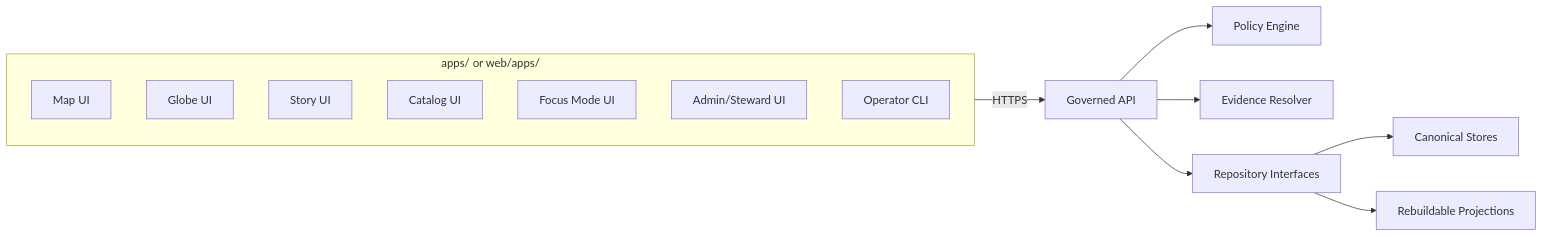
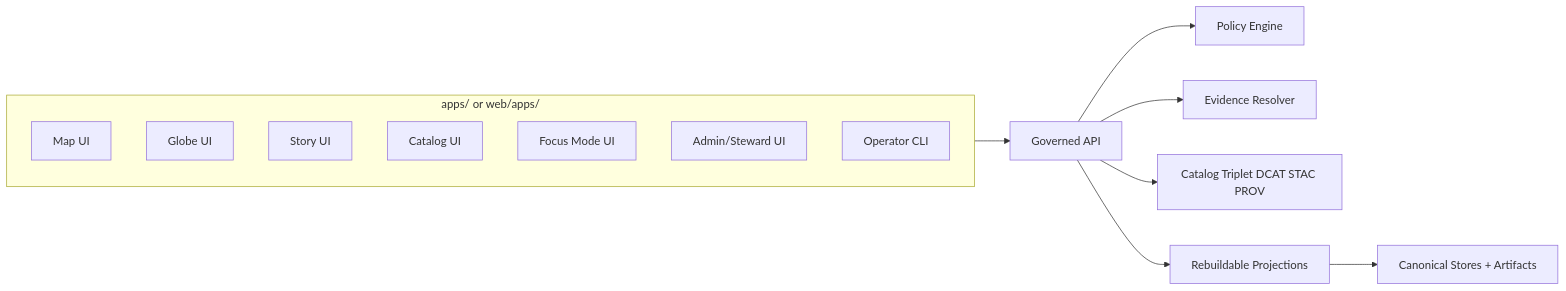
Before and after one commit to bartytime4life/Kansas-Frontier-Matrix: the first of 2 diagrams in apps/README.md, drawn with Mermaid. The commit also changed other lines of this file, not shown here.

````diff
--- a/apps/README.md
+++ b/apps/README.md
@@ -259,19 +344,19 @@
 ```mermaid
 flowchart LR
   subgraph Apps["apps/ or web/apps/"]
     Map["Map UI"]
     Globe["Globe UI"]
     Story["Story UI"]
     Catalog["Catalog UI"]
     Focus["Focus Mode UI"]
     Admin["Admin/Steward UI"]
     CLI["Operator CLI"]
   end
 
-  Apps -->|HTTPS| API["Governed API"]
+  Apps --> API["Governed API"]
   API --> Policy["Policy Engine"]
   API --> Evidence["Evidence Resolver"]
-  API --> Repos["Repository Interfaces"]
-  Repos --> Canon["Canonical Stores"]
-  Repos --> Proj["Rebuildable Projections"]
+  API --> CatalogTriplet["Catalog Triplet DCAT STAC PROV"]
+  API --> Projections["Rebuildable Projections"]
+  Projections --> Stores["Canonical Stores + Artifacts"]
 ```
````
